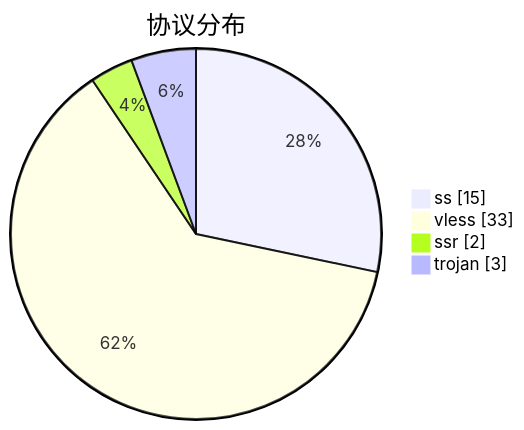
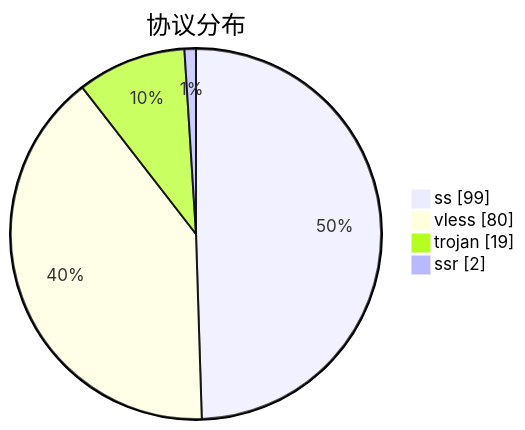
The third of 3 diagrams in subs/statistics/tested_within.md (qjlxg/airport), drawn with Mermaid before and after one commit. The commit also changed other lines of this file and 2 other files, not shown here.

````diff
--- a/subs/statistics/tested_within.md
+++ b/subs/statistics/tested_within.md
@@ -22,8 +28,8 @@
 ```mermaid
 pie showData
 title 协议分布
-"ss" : 15
-"vless" : 33
+"ss" : 99
+"vless" : 80
+"trojan" : 19
 "ssr" : 2
-"trojan" : 3
 ```
````
